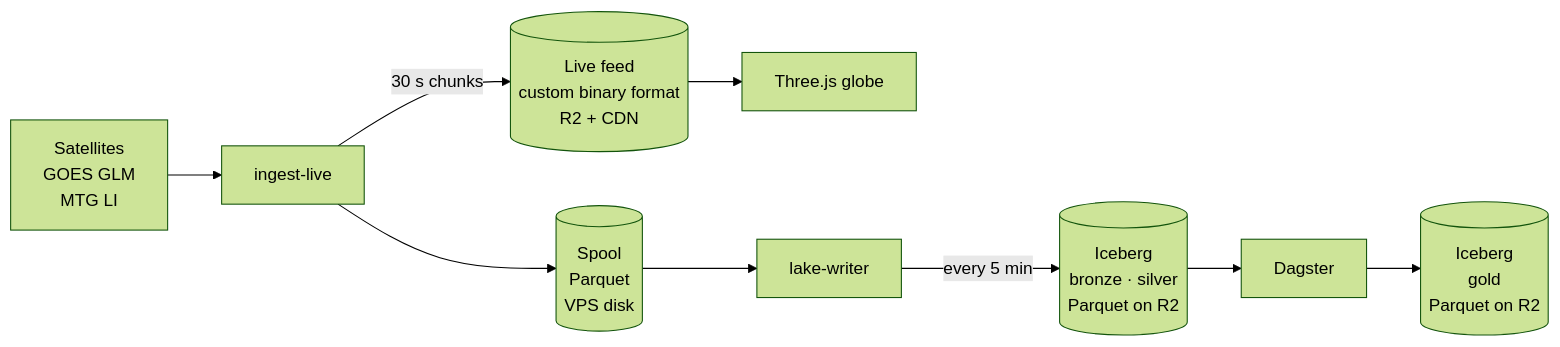
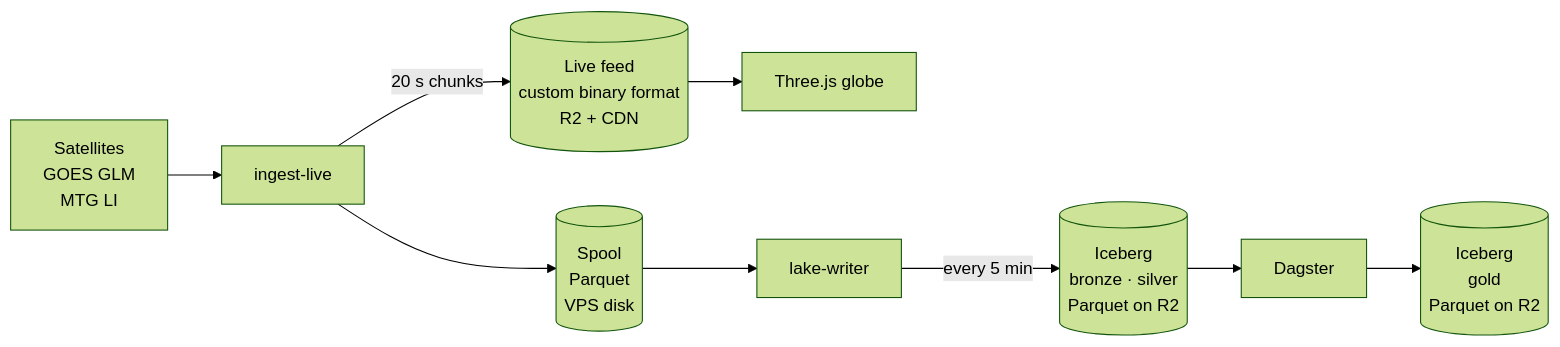
Before and after one commit to pierregc/scintille: the diagram in README.md, drawn with Mermaid (forest theme). The commit also changed other lines of this file and 27 other files, not shown here.

````diff
--- a/README.md
+++ b/README.md
@@ -13,8 +13,8 @@
 ```mermaid
 flowchart LR
     sat["Satellites<br/>GOES GLM<br/>MTG LI"] --> ingest["ingest-live"]
-    ingest -->|30 s chunks| live[("Live feed<br/>custom binary format<br/>R2 + CDN")] --> globe["Three.js globe"]
+    ingest -->|20 s chunks| live[("Live feed<br/>custom binary format<br/>R2 + CDN")] --> globe["Three.js globe"]
     ingest --> spool[("Spool<br/>Parquet<br/>VPS disk")] --> writer["lake-writer"]
     writer -->|every 5 min| lake[("Iceberg<br/>bronze · silver<br/>Parquet on R2")]
     lake --> dagster["Dagster"] --> gold[("Iceberg<br/>gold<br/>Parquet on R2")]
 ```
````
